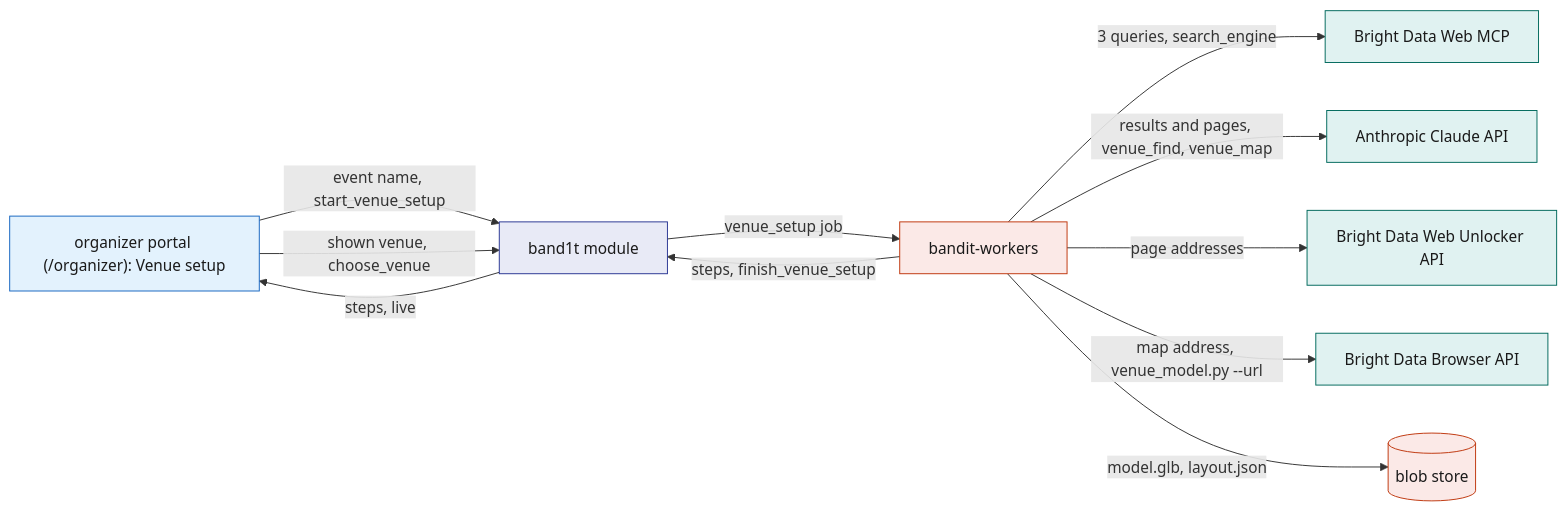
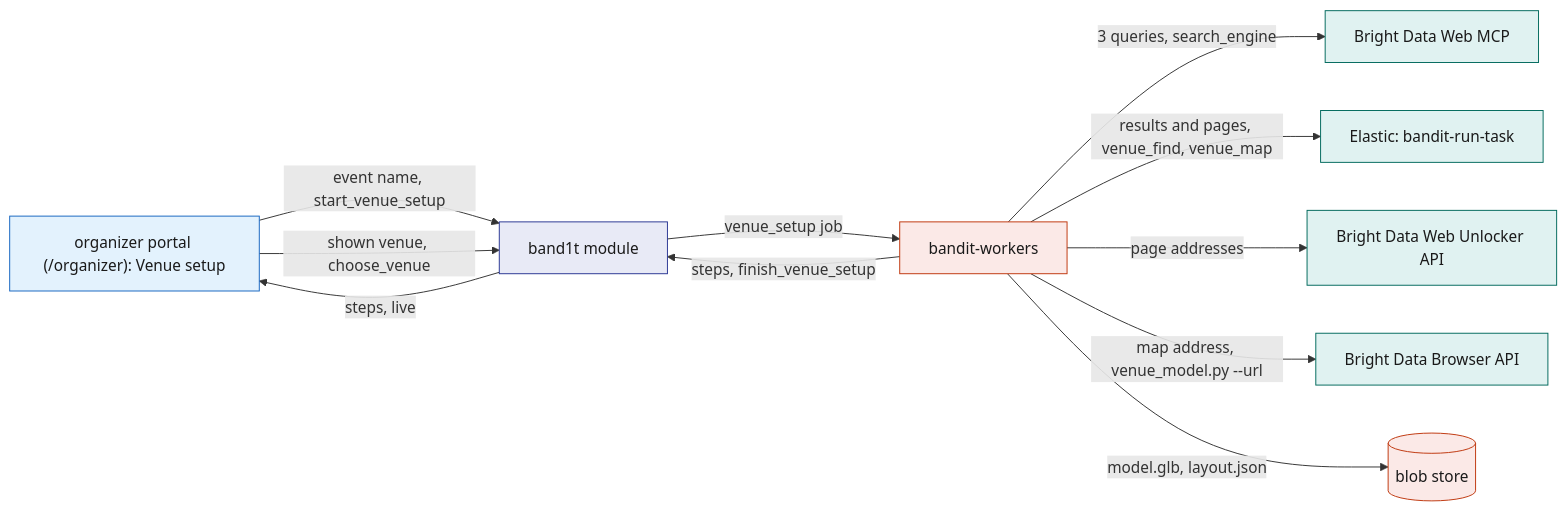
The fourth of 8 diagrams in System Design/7-integrations/Bright-Data.md (viktorinkov/cal-hacks-13), drawn with Mermaid before and after one commit. The commit also changed other lines of this file and 50 other files, not shown here.

Commit message:
run worker model tasks through Elastic

````diff
--- a/System Design/7-integrations/Bright-Data.md
+++ b/System Design/7-integrations/Bright-Data.md
@@ -239,21 +247,21 @@
 ```mermaid
 flowchart LR
   ORG["organizer portal (/organizer): Venue setup"] -->|"event name, start_venue_setup"| MOD["band1t module"]
   MOD -->|"venue_setup job"| W["bandit-workers"]
   W -->|"3 queries, search_engine"| MCP["Bright Data Web MCP"]
-  W -->|"results and pages, venue_find, venue_map"| CL["Anthropic Claude API"]
+  W -->|"results and pages, venue_find, venue_map"| EL["Elastic: bandit-run-task"]
   W -->|"page addresses"| WU["Bright Data Web Unlocker API"]
   W -->|"map address, venue_model.py --url"| BR["Bright Data Browser API"]
   W -->|"model.glb, layout.json"| BLOB[("blob store")]
   W -->|"steps, finish_venue_setup"| MOD
   MOD -->|"steps, live"| ORG
   ORG -->|"shown venue, choose_venue"| MOD
   classDef ext fill:#E0F2F1,stroke:#00695C,color:#1A1A1A
   classDef web fill:#E3F2FD,stroke:#1565C0,color:#1A1A1A
   classDef stdb fill:#E8EAF6,stroke:#283593,color:#1A1A1A
   classDef rust fill:#FBE9E7,stroke:#BF360C,color:#1A1A1A
-  class MCP,CL,WU,BR ext
+  class MCP,EL,WU,BR ext
   class ORG web
   class MOD stdb
   class W,BLOB rust
 ```
````
